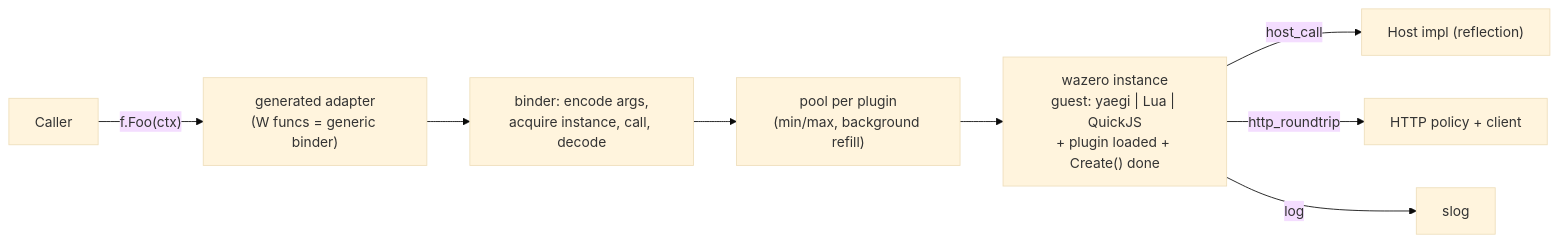
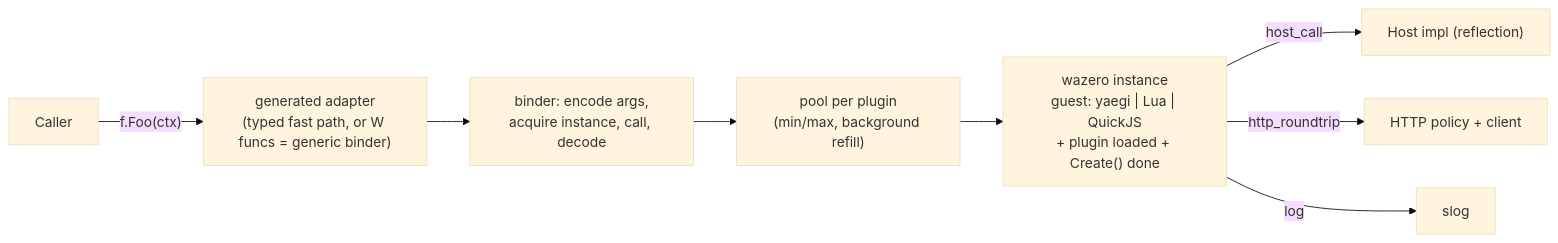
The diagram in PLAN.md (heynemann/go-plg), drawn with Mermaid (base theme) before and after one commit. The commit also changed other lines of this file and 39 other files, not shown here.

First line of the commit message:
16: Generated fast paths

````diff
--- a/PLAN.md
+++ b/PLAN.md
@@ -122,10 +124,10 @@
 ```mermaid
 flowchart LR
-  Caller -->|"f.Foo(ctx)"| Adapter["generated adapter<br/>(W funcs = generic binder)"]
+  Caller -->|"f.Foo(ctx)"| Adapter["generated adapter<br/>(typed fast path, or W funcs = generic binder)"]
   Adapter --> Binder["binder: encode args,<br/>acquire instance, call, decode"]
   Binder --> Pool["pool per plugin<br/>(min/max, background refill)"]
   Pool --> Inst["wazero instance<br/>guest: yaegi | Lua | QuickJS<br/>+ plugin loaded + Create() done"]
   Inst -->|"host_call"| Host["Host impl (reflection)"]
   Inst -->|"http_roundtrip"| HTTP["HTTP policy + client"]
   Inst -->|"log"| Slog["slog"]
 ```
````
